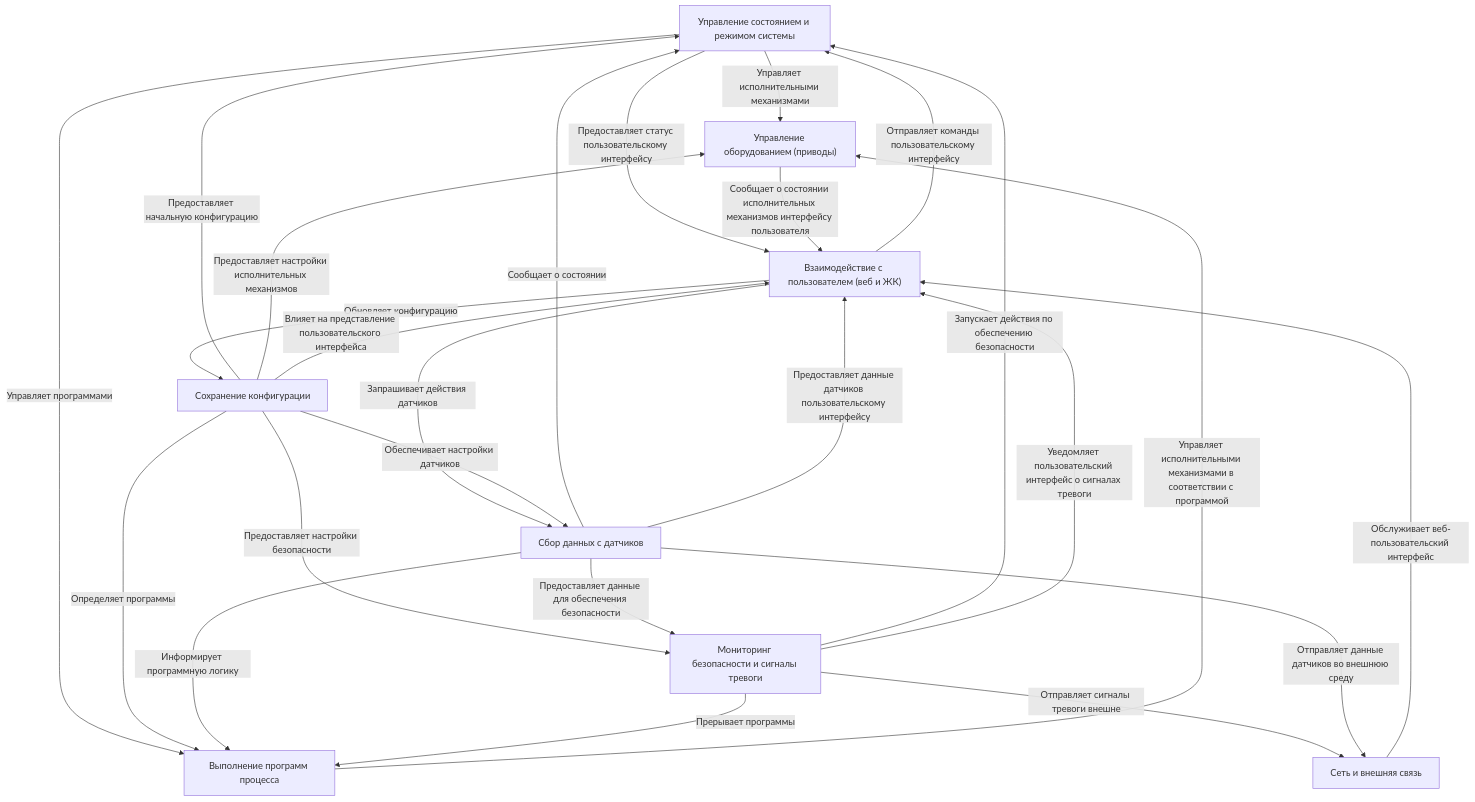
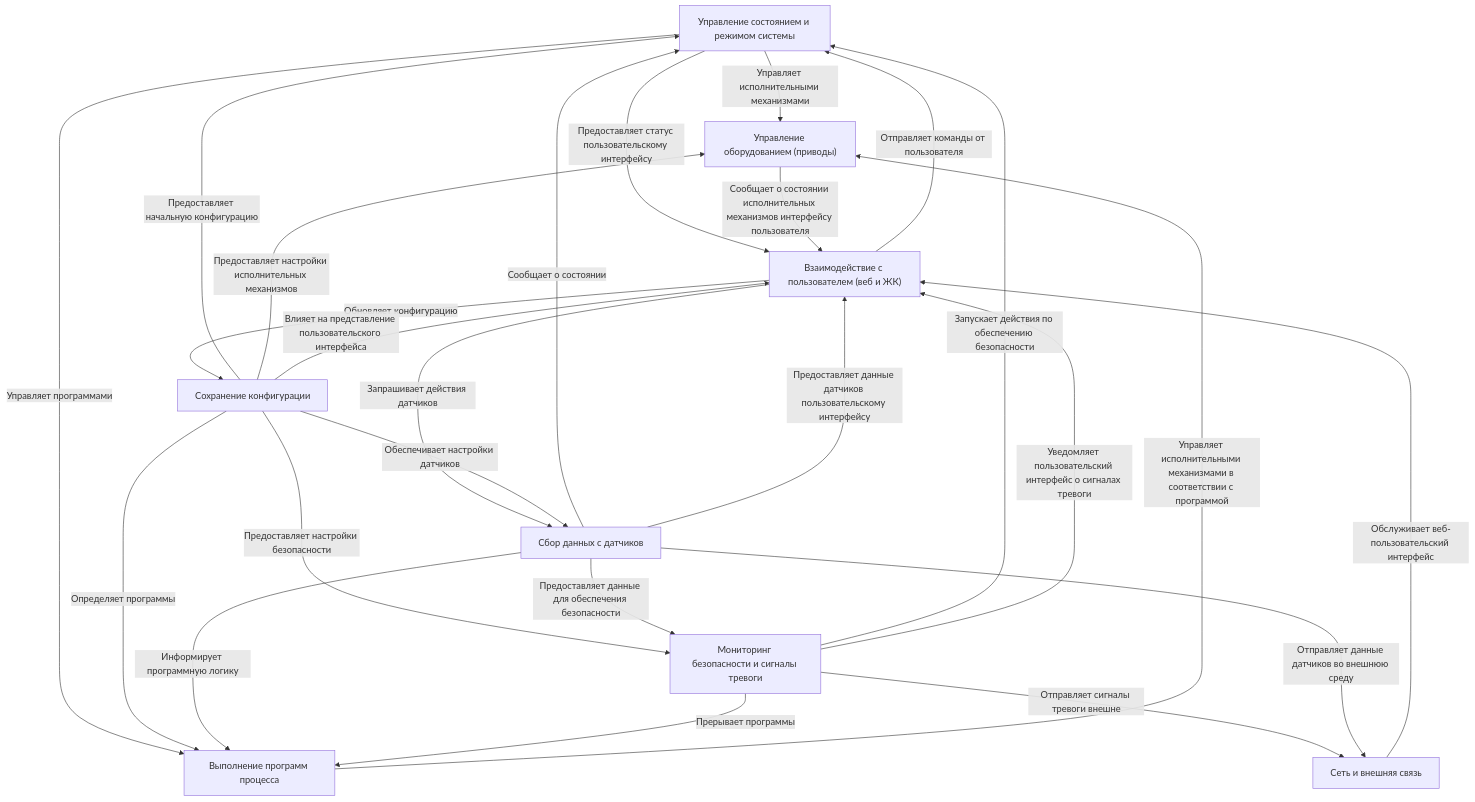
Before and after one commit to LKosoj/Samovar: the diagram in doc/tutorial.md, drawn with Mermaid. The commit also changed other lines of this file and 35 other files, not shown here.

First line of the commit message:
Уточнение документации, схемы UI и тестов интерфейса

````diff
--- a/doc/tutorial.md
+++ b/doc/tutorial.md
@@ -14,35 +15,35 @@
 ```mermaid
 flowchart TD
     A0["Управление состоянием и режимом системы"]
     A1["Сбор данных с датчиков"]
     A2["Управление оборудованием (приводы)"]
     A3["Выполнение программ процесса"]
     A4["Взаимодействие с пользователем (веб и ЖК)"]
     A5["Сохранение конфигурации"]
     A6["Сеть и внешняя связь"]
     A7["Мониторинг безопасности и сигналы тревоги"]
     A1 -- "Сообщает о состоянии" --> A0
     A0 -- "Управляет исполнительными механизмами" --> A2
     A0 -- "Управляет программами" --> A3
     A0 -- "Предоставляет статус пользовательскому интерфейсу" --> A4
-    A4 -- "Отправляет команды пользовательскому интерфейсу" --> A0
+    A4 -- "Отправляет команды от пользователя" --> A0
     A5 -- "Предоставляет начальную конфигурацию" --> A0
     A1 -- "Предоставляет данные датчиков пользовательскому интерфейсу" --> A4
     A4 -- "Обновляет конфигурацию" --> A5
     A6 -- "Обслуживает веб-пользовательский интерфейс" --> A4
     A7 -- "Отправляет сигналы тревоги внешне" --> A6
     A7 -- "Запускает действия по обеспечению безопасности" --> A0
     A7 -- "Уведомляет пользовательский интерфейс о сигналах тревоги" --> A4
     A3 -- "Управляет исполнительными механизмами в соответствии с программой" --> A2
     A5 -- "Определяет программы" --> A3
     A5 -- "Предоставляет настройки исполнительных механизмов" --> A2
     A5 -- "Предоставляет настройки безопасности" --> A7
     A1 -- "Информирует программную логику" --> A3
     A2 -- "Сообщает о состоянии исполнительных механизмов интерфейсу пользователя" --> A4
     A7 -- "Прерывает программы" --> A3
     A1 -- "Отправляет данные датчиков во внешнюю среду" --> A6
     A4 -- "Запрашивает действия датчиков" --> A1
     A5 -- "Влияет на представление пользовательского интерфейса" --> A4
     A5 -- "Обеспечивает настройки датчиков" --> A1
     A1 -- "Предоставляет данные для обеспечения безопасности" --> A7
 ```
````
